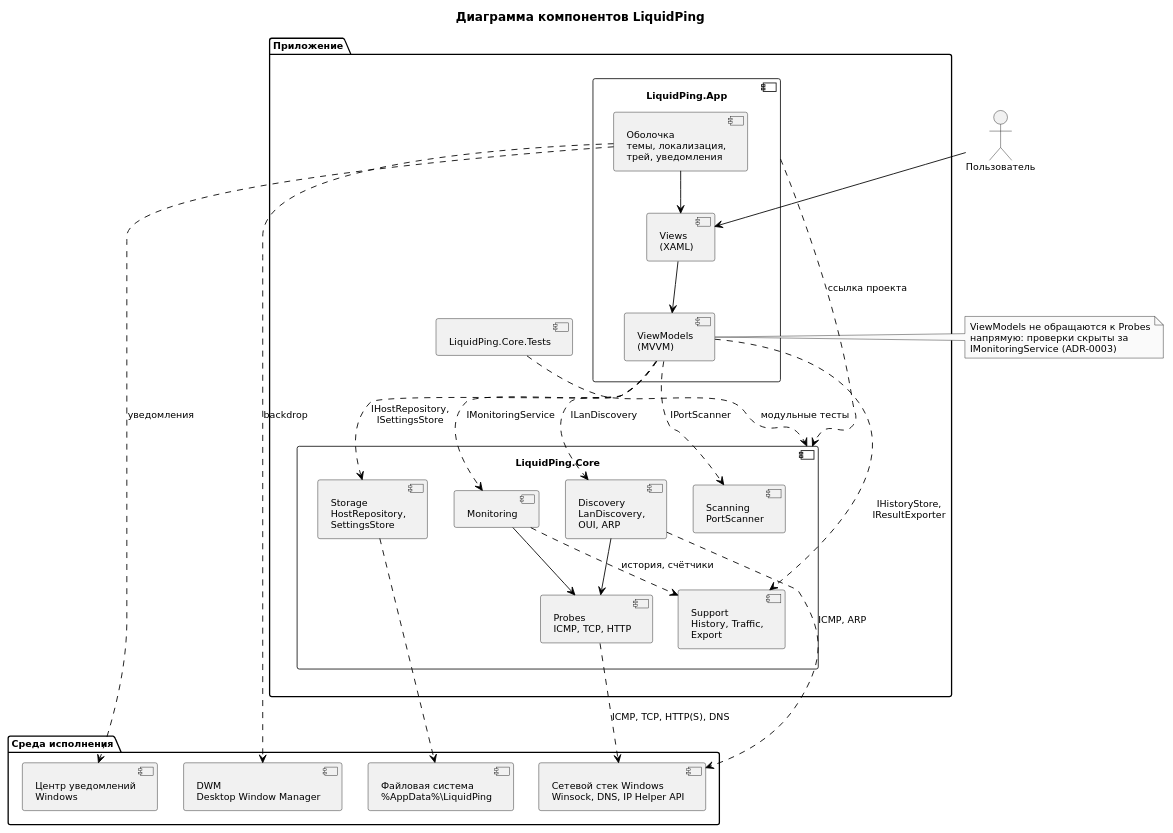
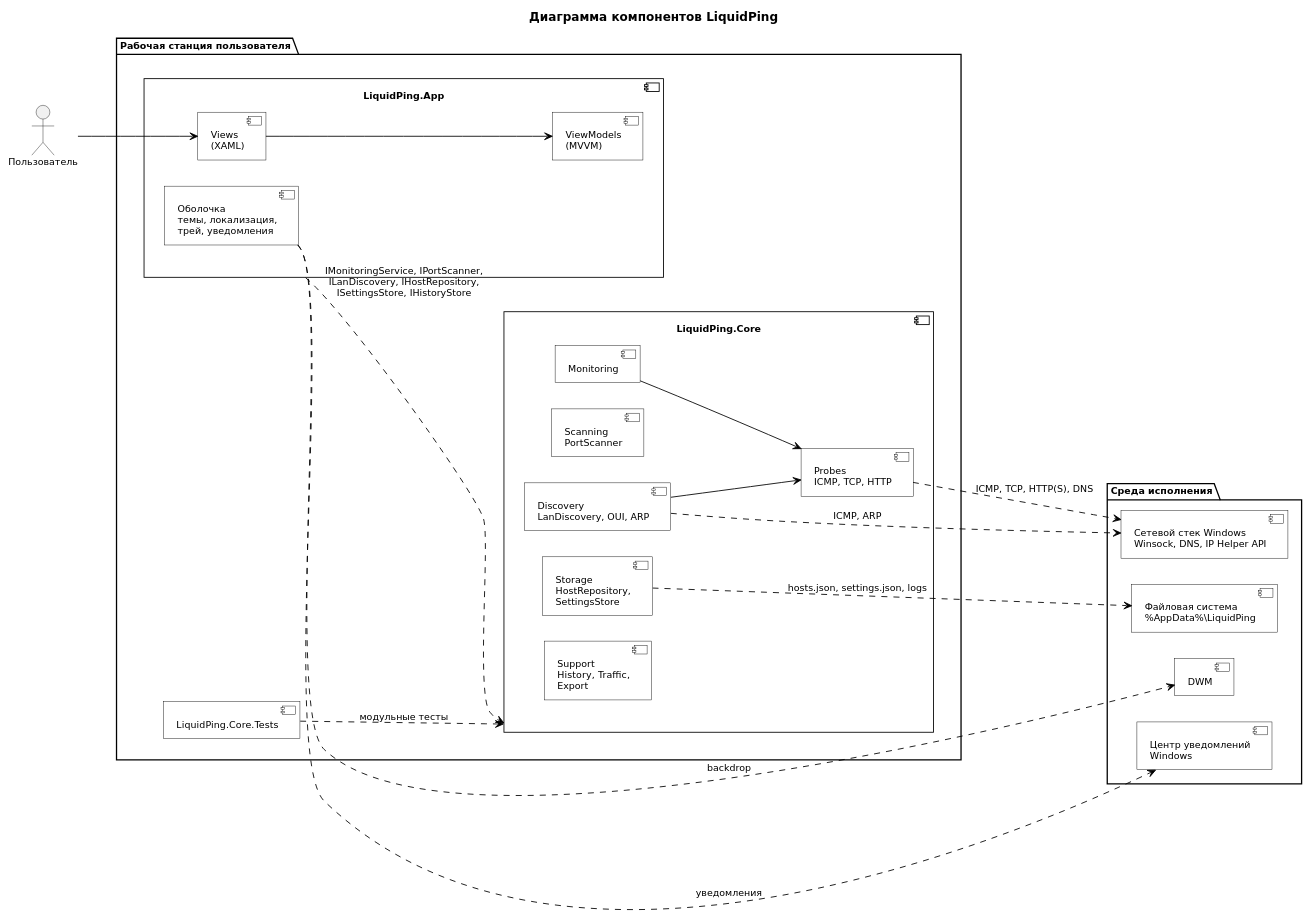
Before and after one commit to Levandovskii/liquid-ping: the diagram in docs/uml/src/component-overview.puml, drawn with PlantUML. The commit also changed 14 other files, not shown here.

Commit message:
fix: make diagrams more strict

```diff
--- a/docs/uml/src/component-overview.puml
+++ b/docs/uml/src/component-overview.puml
@@ -1,72 +1,66 @@
 @startuml
-skinparam monochrome true
+skinparam monochrome false
 skinparam shadowing false
 skinparam componentStyle uml2
 skinparam defaultFontName "DejaVu Sans"
 skinparam defaultFontSize 11
 skinparam nodesep 30
-skinparam ranksep 45
+skinparam ranksep 55
 skinparam ArrowColor #000000
+skinparam componentBackgroundColor #FFFFFF
+skinparam componentBorderColor #000000
+skinparam componentFontColor #000000
+skinparam packageBackgroundColor #FFFFFF
+skinparam packageBorderColor #000000
+skinparam noteBackgroundColor #FFFFFF
+skinparam noteBorderColor #000000
+skinparam roundCorner 0
 hide stereotype
 
+left to right direction
 title Диаграмма компонентов LiquidPing
 
-package "Приложение" {
+package "Рабочая станция пользователя" {
 
   component "LiquidPing.App" as App {
     component "Views\n(XAML)" as Views
     component "ViewModels\n(MVVM)" as ViewModels
     component "Оболочка\nтемы, локализация,\nтрей, уведомления" as Shell
   }
 
   component "LiquidPing.Core" as Core {
     component "Monitoring" as Monitoring
     component "Probes\nICMP, TCP, HTTP" as Probes
     component "Scanning\nPortScanner" as Scanning
-    component "Discovery\nLanDiscovery,\nOUI, ARP" as Discovery
+    component "Discovery\nLanDiscovery, OUI, ARP" as Discovery
     component "Storage\nHostRepository,\nSettingsStore" as Storage
     component "Support\nHistory, Traffic,\nExport" as Support
   }
 
   component "LiquidPing.Core.Tests" as Tests
 }
 
 package "Среда исполнения" {
   component "Сетевой стек Windows\nWinsock, DNS, IP Helper API" as NetStack
-  component "DWM\nDesktop Window Manager" as Dwm
+  component "DWM" as Dwm
   component "Центр уведомлений\nWindows" as Toast
   component "Файловая система\n%AppData%\\LiquidPing" as FileSystem
 }
 
 actor "Пользователь" as User
 
 User --> Views
+Views --> ViewModels
 
-Views --> ViewModels
-Shell --> Views
-
-ViewModels ..> Monitoring : IMonitoringService
-ViewModels ..> Scanning : IPortScanner
-ViewModels ..> Discovery : ILanDiscovery
-ViewModels ..> Storage : IHostRepository,\nISettingsStore
-ViewModels ..> Support : IHistoryStore,\nIResultExporter
+App ..> Core : IMonitoringService, IPortScanner,\nILanDiscovery, IHostRepository,\nISettingsStore, IHistoryStore
 
 Monitoring --> Probes
-Monitoring ..> Support : история, счётчики
 Discovery --> Probes
-Storage ..> FileSystem
-
+Storage ..> FileSystem : hosts.json, settings.json, logs
 Probes ..> NetStack : ICMP, TCP, HTTP(S), DNS
 Discovery ..> NetStack : ICMP, ARP
 Shell ..> Dwm : backdrop
 Shell ..> Toast : уведомления
+Tests ..> Core : модульные тесты
 
-Tests ..> Core : модульные тесты
-App ..> Core : ссылка проекта
-
-note right of ViewModels
-  ViewModels не обращаются к Probes
-  напрямую: проверки скрыты за
-  IMonitoringService (ADR-0003)
-end note
 @enduml
```
